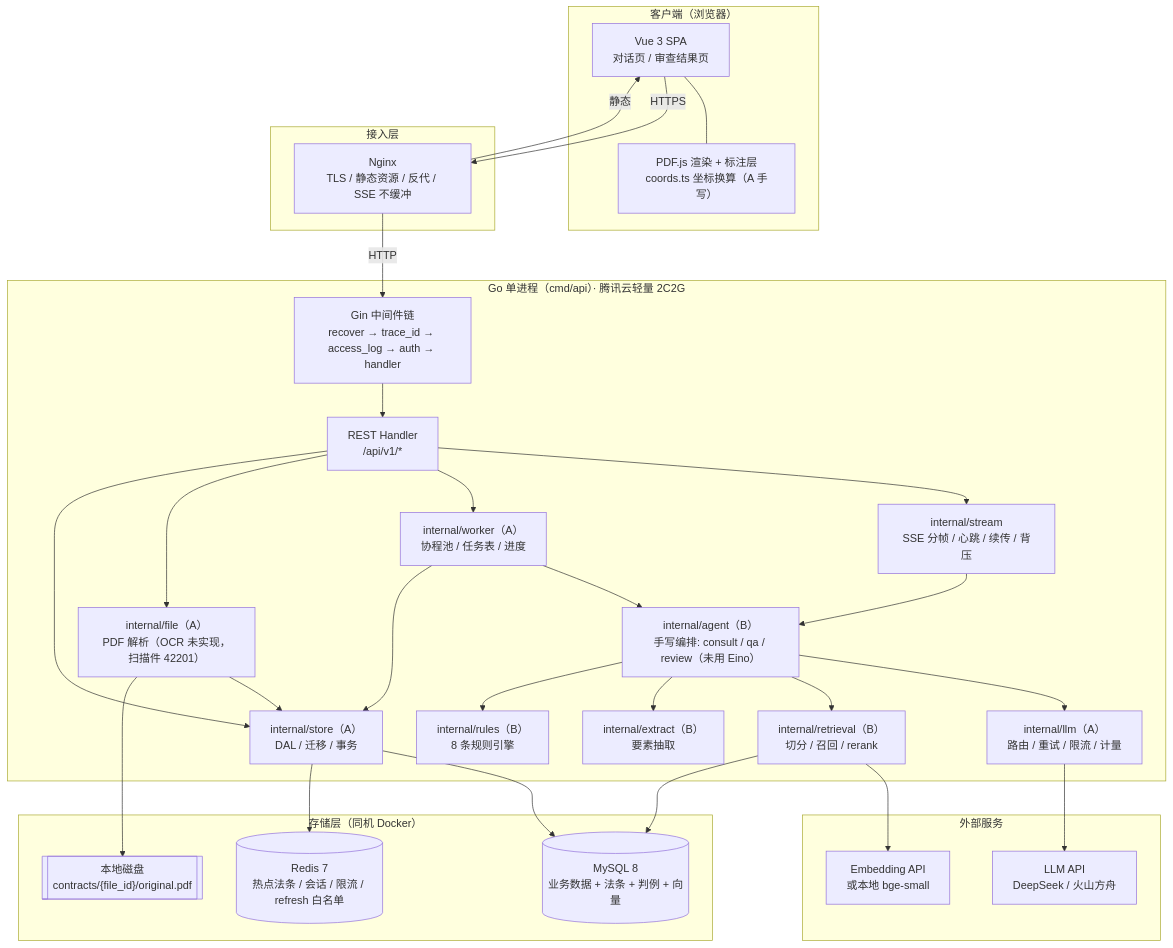
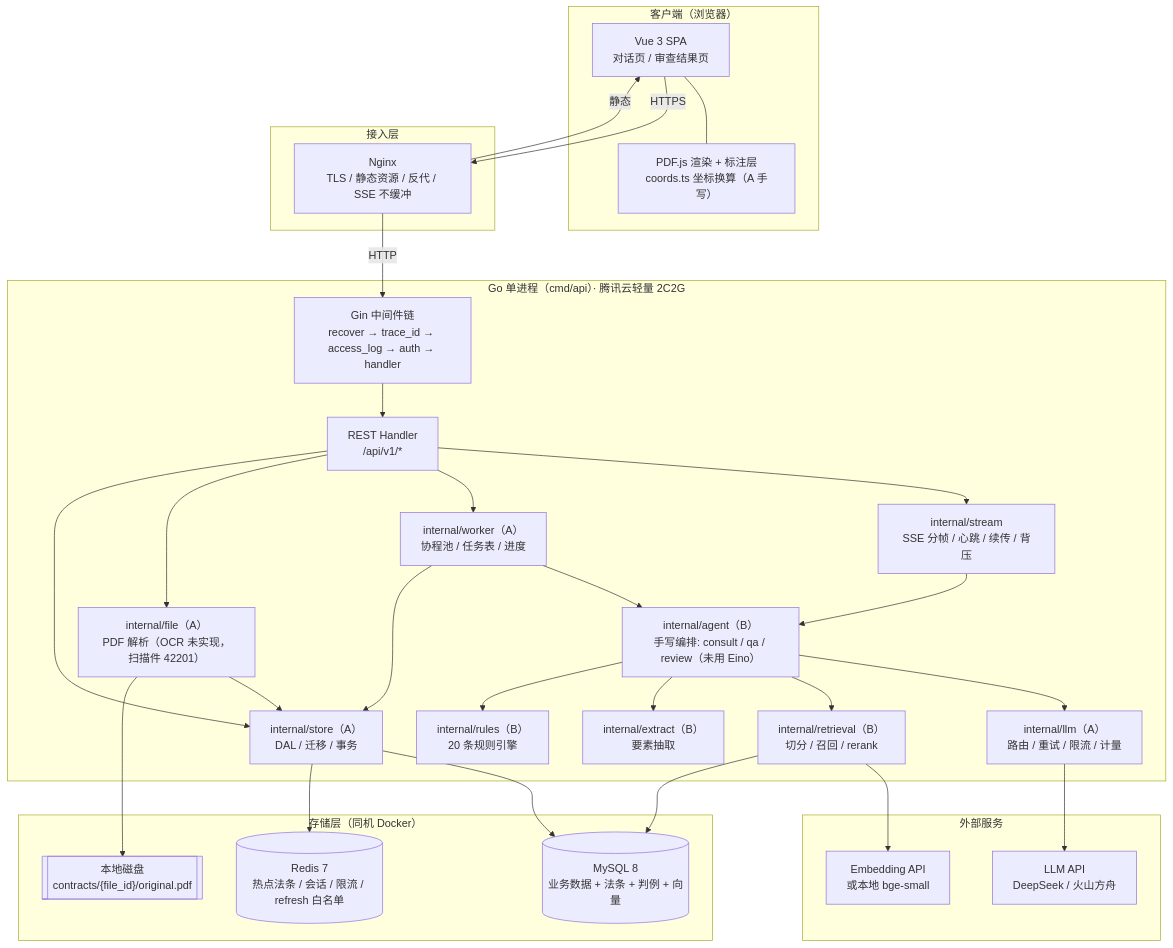
Before and after one commit to 0623som7/Labor-Law-AI-Advisory-System: the first of 4 diagrams in docs/项目大纲与技术选型.md, drawn with Mermaid. The commit also changed other lines of this file and 8 other files, not shown here.

````diff
--- a/docs/项目大纲与技术选型.md
+++ b/docs/项目大纲与技术选型.md
@@ -129,60 +129,60 @@
 ```mermaid
 flowchart TB
     subgraph Client["客户端（浏览器）"]
         SPA["Vue 3 SPA<br/>对话页 / 审查结果页"]
         PDFJS["PDF.js 渲染 + 标注层<br/>coords.ts 坐标换算（A 手写）"]
         SPA --- PDFJS
     end
 
     subgraph Edge["接入层"]
         NGX["Nginx<br/>TLS / 静态资源 / 反代 / SSE 不缓冲"]
     end
 
     subgraph App["Go 单进程（cmd/api）· 腾讯云轻量 2C2G"]
         MW["Gin 中间件链<br/>recover → trace_id → access_log → auth → handler"]
         API["REST Handler<br/>/api/v1/*"]
         SSE["internal/stream<br/>SSE 分帧 / 心跳 / 续传 / 背压"]
         AGT["internal/agent（B）<br/>手写编排: consult / qa / review（未用 Eino）"]
         LLM["internal/llm（A）<br/>路由 / 重试 / 限流 / 计量"]
         RET["internal/retrieval（B）<br/>切分 / 召回 / rerank"]
         EXT["internal/extract（B）<br/>要素抽取"]
-        RUL["internal/rules（B）<br/>8 条规则引擎"]
+        RUL["internal/rules（B）<br/>20 条规则引擎"]
         PAR["internal/file（A）<br/>PDF 解析（OCR 未实现，扫描件 42201）"]
         STO["internal/store（A）<br/>DAL / 迁移 / 事务"]
         WK["internal/worker（A）<br/>协程池 / 任务表 / 进度"]
         MW --> API
         API --> SSE
         API --> WK
         API --> PAR
         SSE --> AGT
         WK --> AGT
         AGT --> LLM
         AGT --> RET
         AGT --> EXT
         AGT --> RUL
         API --> STO
         WK --> STO
         PAR --> STO
     end
 
     subgraph Store["存储层（同机 Docker）"]
         MY[("MySQL 8<br/>业务数据 + 法条 + 判例 + 向量")]
         RD[("Redis 7<br/>热点法条 / 会话 / 限流 / refresh 白名单")]
         FS[["本地磁盘<br/>contracts/{file_id}/original.pdf"]]
     end
 
     subgraph Ext["外部服务"]
         LLMAPI["LLM API<br/>DeepSeek / 火山方舟"]
         EMB["Embedding API<br/>或本地 bge-small"]
     end
 
     SPA -->|"HTTPS"| NGX
     NGX -->|"HTTP"| MW
     NGX -->|"静态"| SPA
     STO --> MY
     STO --> RD
     PAR --> FS
     LLM --> LLMAPI
     RET --> EMB
     RET --> MY
 ```
````
